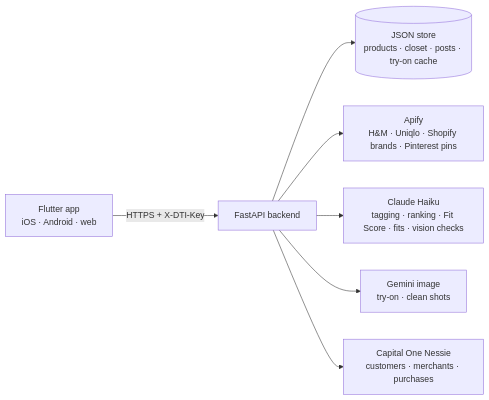
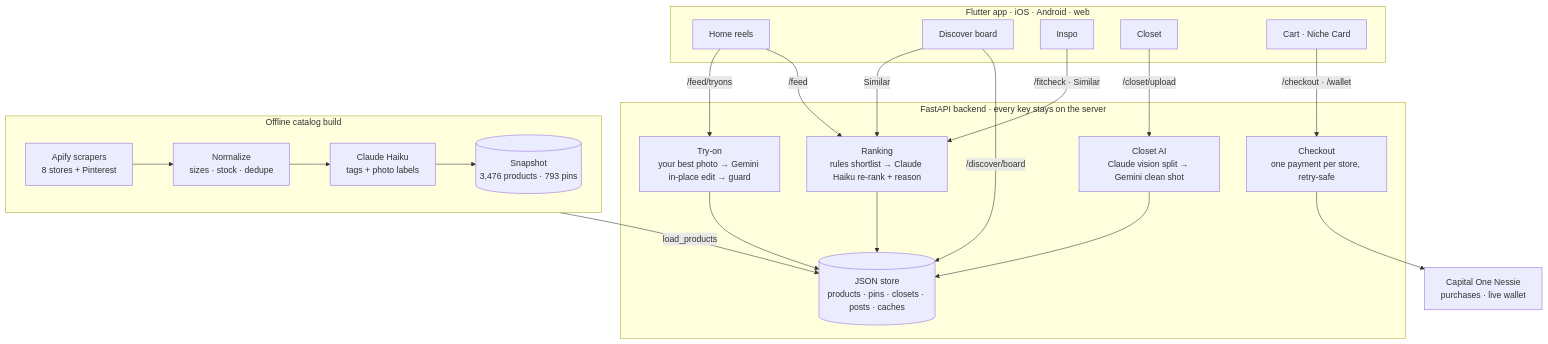
Before and after one commit to latrael/dresstoimpress: the diagram in README.md, drawn with Mermaid. The commit also changed other lines of this file, not shown here.

Commit message:
README: tech badges back (YouTube badge removed, video section kept); architecture diagram shows screens -> routes -> engines -> store + offline catalog build

````diff
--- a/README.md
+++ b/README.md
@@ -66,9 +72,38 @@
 ```mermaid
-flowchart LR
-  A[Flutter app<br/>iOS · Android · web] -->|HTTPS + X-DTI-Key| B[FastAPI backend]
-  B --> C[(JSON store<br/>products · closet · posts · try-on cache)]
-  B --> D[Apify<br/>H&M · Uniqlo · Shopify brands · Pinterest pins]
-  B --> E[Claude Haiku<br/>tagging · ranking · Fit Score · fits · vision checks]
-  B --> F[Gemini image<br/>try-on · clean shots]
-  B --> G[Capital One Nessie<br/>customers · merchants · purchases]
+flowchart TB
+  subgraph APP["Flutter app · iOS · Android · web"]
+    H["Home reels"]
+    D["Discover board"]
+    I["Inspo"]
+    C["Closet"]
+    K["Cart · Niche Card"]
+  end
+
+  subgraph BE["FastAPI backend · every key stays on the server"]
+    RANK["Ranking<br/>rules shortlist → Claude Haiku re-rank + reason"]
+    TRY["Try-on<br/>your best photo → Gemini in-place edit → guard"]
+    CLO["Closet AI<br/>Claude vision split → Gemini clean shot"]
+    PAY["Checkout<br/>one payment per store, retry-safe"]
+    DB[("JSON store<br/>products · pins · closets · posts · caches")]
+  end
+
+  NES["Capital One Nessie<br/>purchases · live wallet"]
+
+  subgraph OFF["Offline catalog build"]
+    direction LR
+    AP["Apify scrapers<br/>8 stores + Pinterest"] --> NO["Normalize<br/>sizes · stock · dedupe"] --> TAG["Claude Haiku<br/>tags + photo labels"] --> SNAP[("Snapshot<br/>3,476 products · 793 pins")]
+  end
+
+  H -->|"/feed"| RANK
+  H -->|"/feed/tryons"| TRY
+  D -->|"/discover/board"| DB
+  D -->|"Similar"| RANK
+  I -->|"/fitcheck · Similar"| RANK
+  C -->|"/closet/upload"| CLO
+  K -->|"/checkout · /wallet"| PAY
+  PAY --> NES
+  RANK --> DB
+  TRY --> DB
+  CLO --> DB
+  SNAP -->|"load_products"| DB
 ```
````
